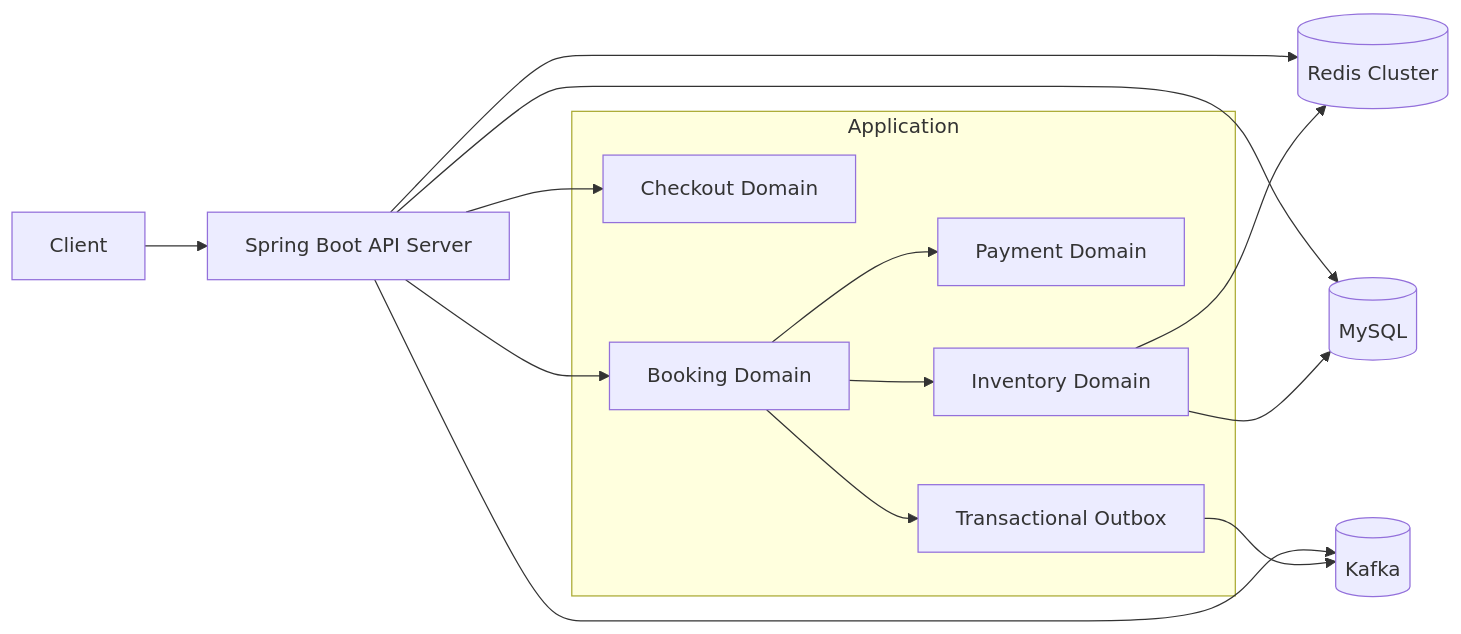
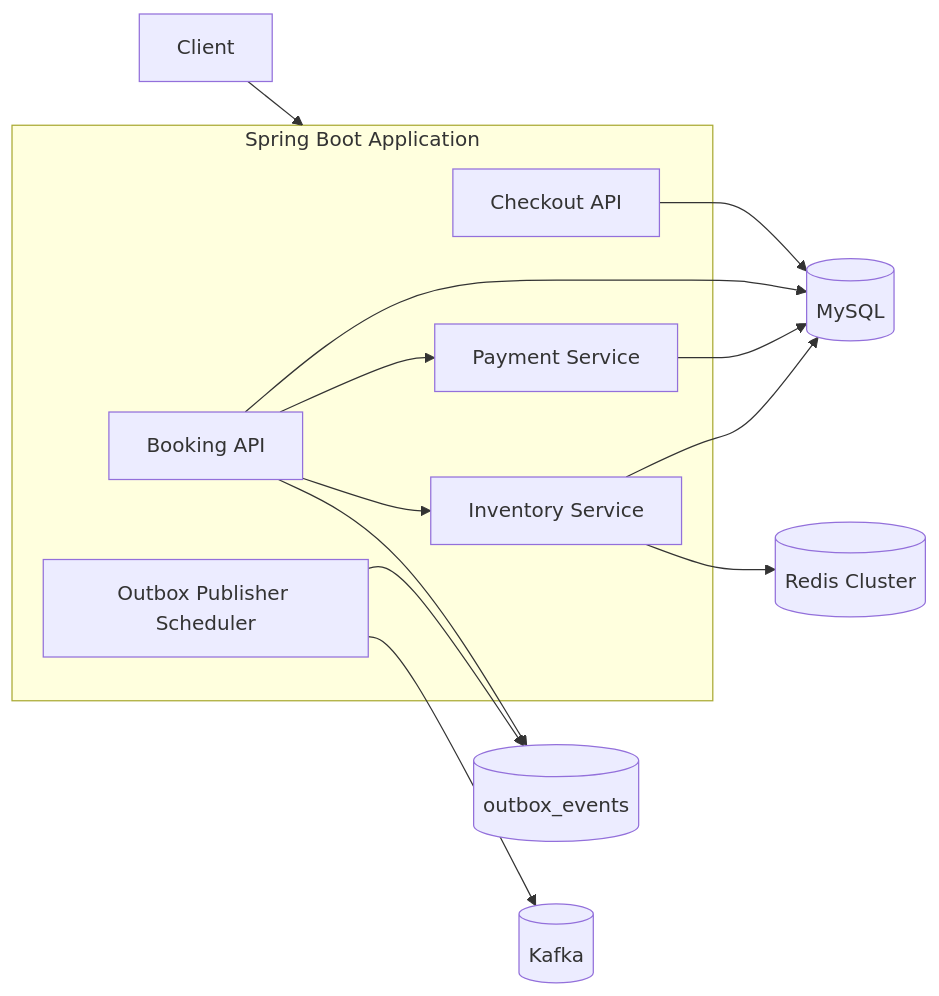
Before and after one commit to mosy2266/limited_reservation_system: the first of 3 diagrams in README.md, drawn with Mermaid. The commit also changed other lines of this file, not shown here.

Commit message:
docs: README.md 내 시스템 아키텍처와 예약 생성 시퀀스 다이어그램 수정 (#5)

````diff
--- a/README.md
+++ b/README.md
@@ -11,24 +11,23 @@
 ```mermaid
 flowchart LR
-    Client[Client] --> API[Spring Boot API Server]
-    API --> Redis[(Redis Cluster)]
-    API --> MySQL[(MySQL)]
-    API --> Kafka[(Kafka)]
+    Client[Client] --> App[Spring Boot Application]
 
-    subgraph Application
-        Checkout[Checkout Domain]
-        Booking[Booking Domain]
-        Payment[Payment Domain]
-        Inventory[Inventory Domain]
-        Outbox[Transactional Outbox]
+    subgraph App[Spring Boot Application]
+        Checkout[Checkout API]
+        Booking[Booking API]
+        Payment[Payment Service]
+        Inventory[Inventory Service]
+        OutboxPublisher[Outbox Publisher Scheduler]
     end
 
-    API --> Checkout
-    API --> Booking
+    Checkout --> MySQL[(MySQL)]
     Booking --> Payment
     Booking --> Inventory
-    Booking --> Outbox
-    Inventory --> Redis
+    Booking --> MySQL
+    Payment --> MySQL
+    Booking --> OutboxTable[(outbox_events)]
+    OutboxPublisher --> OutboxTable
+    OutboxPublisher --> Kafka[(Kafka)]
+    Inventory --> Redis[(Redis Cluster)]
     Inventory --> MySQL
-    Outbox --> Kafka
 ```
````
